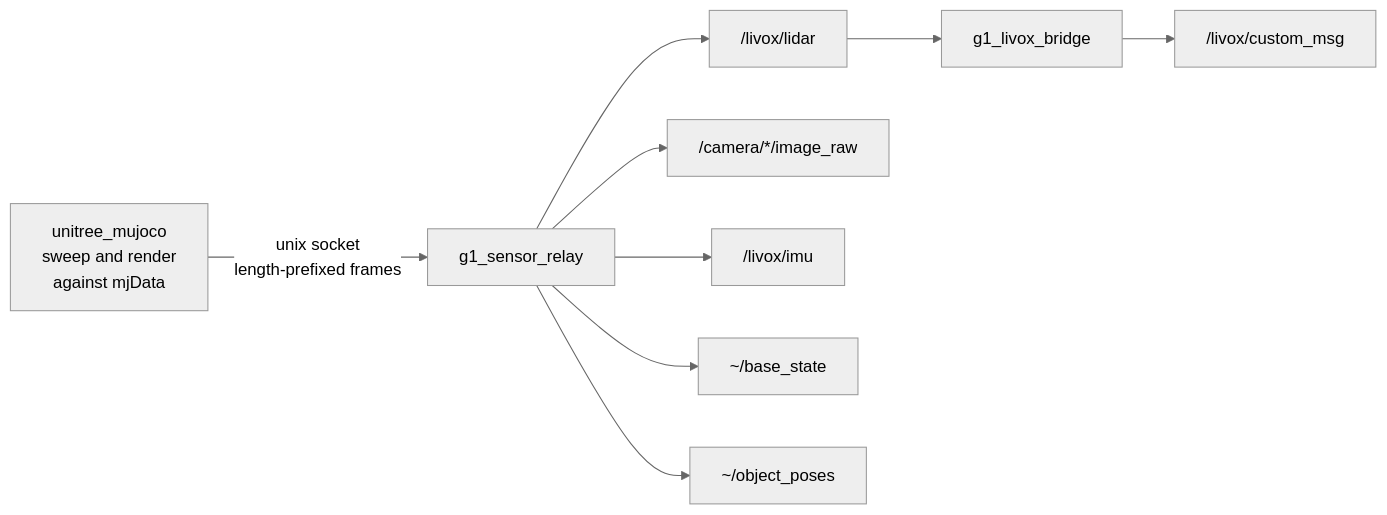
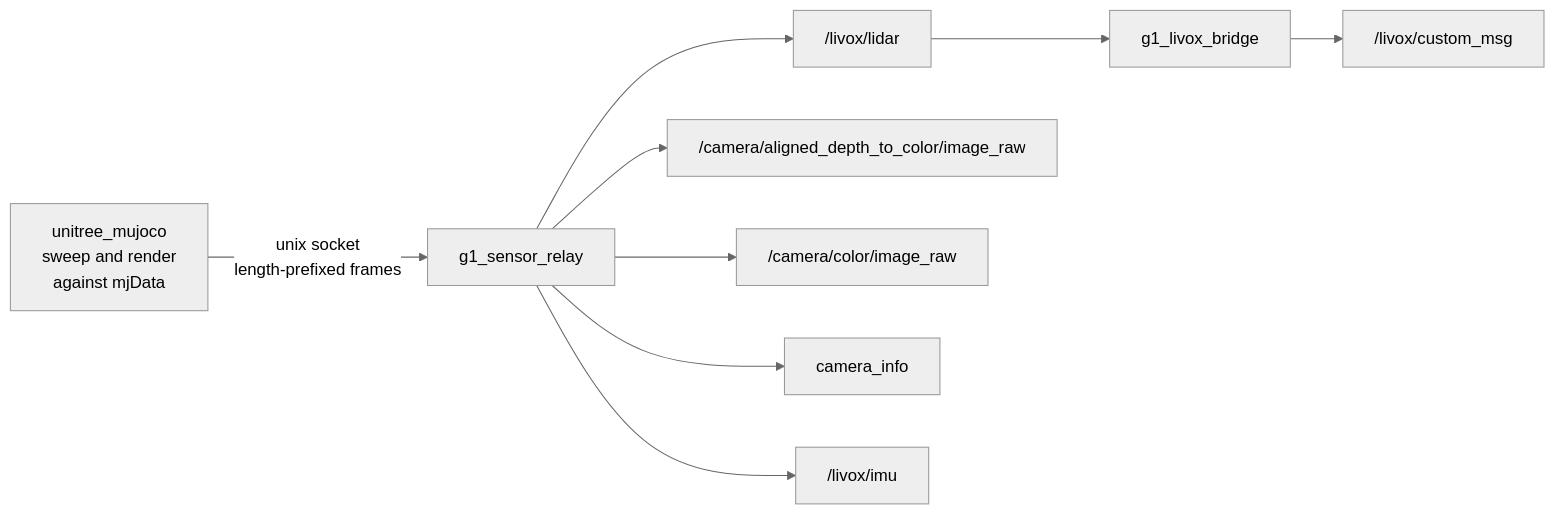
One commit to Mertsr/merts-g1-dex5 changed the diagram in workspace/src/g1_sensor_relay/README.md. Above: the diagram before and after it, drawn with Mermaid (neutral theme). The commit also changed other lines of this file and 694 other files, not shown here.

````diff
--- a/workspace/src/g1_sensor_relay/README.md
+++ b/workspace/src/g1_sensor_relay/README.md
@@ -12,11 +9,11 @@
 ```mermaid
 flowchart LR
     MJ["unitree_mujoco<br/>sweep and render<br/>against mjData"] -- "unix socket<br/>length-prefixed frames" --> R
     R["g1_sensor_relay"] --> PC["/livox/lidar"]
-    R --> D["/camera/*/image_raw"]
+    R --> D["/camera/aligned_depth_to_color/image_raw"]
+    R --> C["/camera/color/image_raw"]
+    R --> CI["camera_info"]
     R --> IM["/livox/imu"]
-    R --> BS["~/base_state"]
-    R --> OP["~/object_poses"]
     PC --> B["g1_livox_bridge"]
     B --> CM["/livox/custom_msg"]
 ```
````
